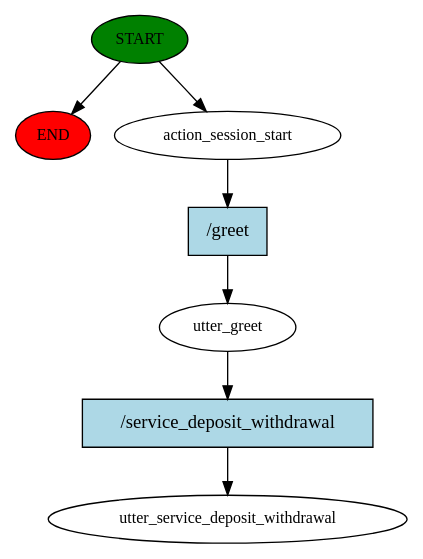
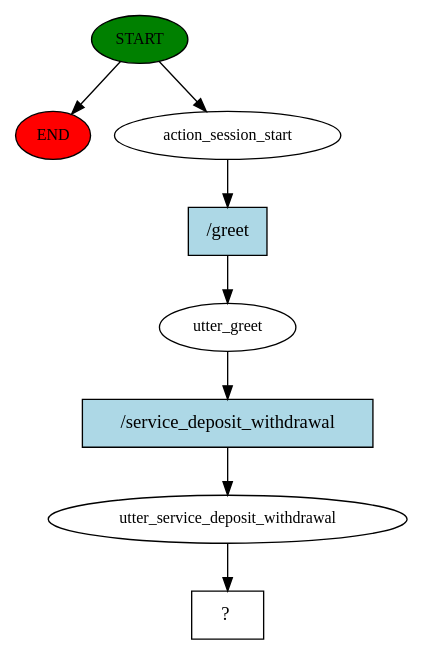
The diagram in story_graph.dot (Samupietila/AI-Chatbot), drawn with Graphviz before and after one commit. The commit also changed 4 other files, not shown here.

```diff
--- a/story_graph.dot
+++ b/story_graph.dot
@@ -1,15 +1,17 @@
 digraph  {
 0 [class="start active", fillcolor=green, fontsize=12, label=START, style=filled];
 "-1" [class=end, fillcolor=red, fontsize=12, label=END, style=filled];
 1 [class=active, fontsize=12, label=action_session_start];
 2 [class=active, fontsize=12, label=utter_greet];
-3 [class="dashed active", fontsize=12, label=utter_service_deposit_withdrawal];
-4 [class="intent active", fillcolor=lightblue, label="/greet", shape=rect, style=filled];
-5 [class="intent active", fillcolor=lightblue, label="/service_deposit_withdrawal", shape=rect, style=filled];
+3 [class=active, fontsize=12, label=utter_service_deposit_withdrawal];
+4 [class="intent dashed active", label="  ?  ", shape=rect];
+5 [class="intent active", fillcolor=lightblue, label="/greet", shape=rect, style=filled];
+6 [class="intent active", fillcolor=lightblue, label="/service_deposit_withdrawal", shape=rect, style=filled];
 0 -> "-1"  [class="", key=NONE, label=""];
 0 -> 1  [class=active, key=NONE, label=""];
-1 -> 4  [class=active, key=0];
-2 -> 5  [class=active, key=0];
-4 -> 2  [class=active, key=0];
-5 -> 3  [class=active, key=0];
+1 -> 5  [class=active, key=0];
+2 -> 6  [class=active, key=0];
+3 -> 4  [class=active, key=NONE, label=""];
+5 -> 2  [class=active, key=0];
+6 -> 3  [class=active, key=0];
 }
```
